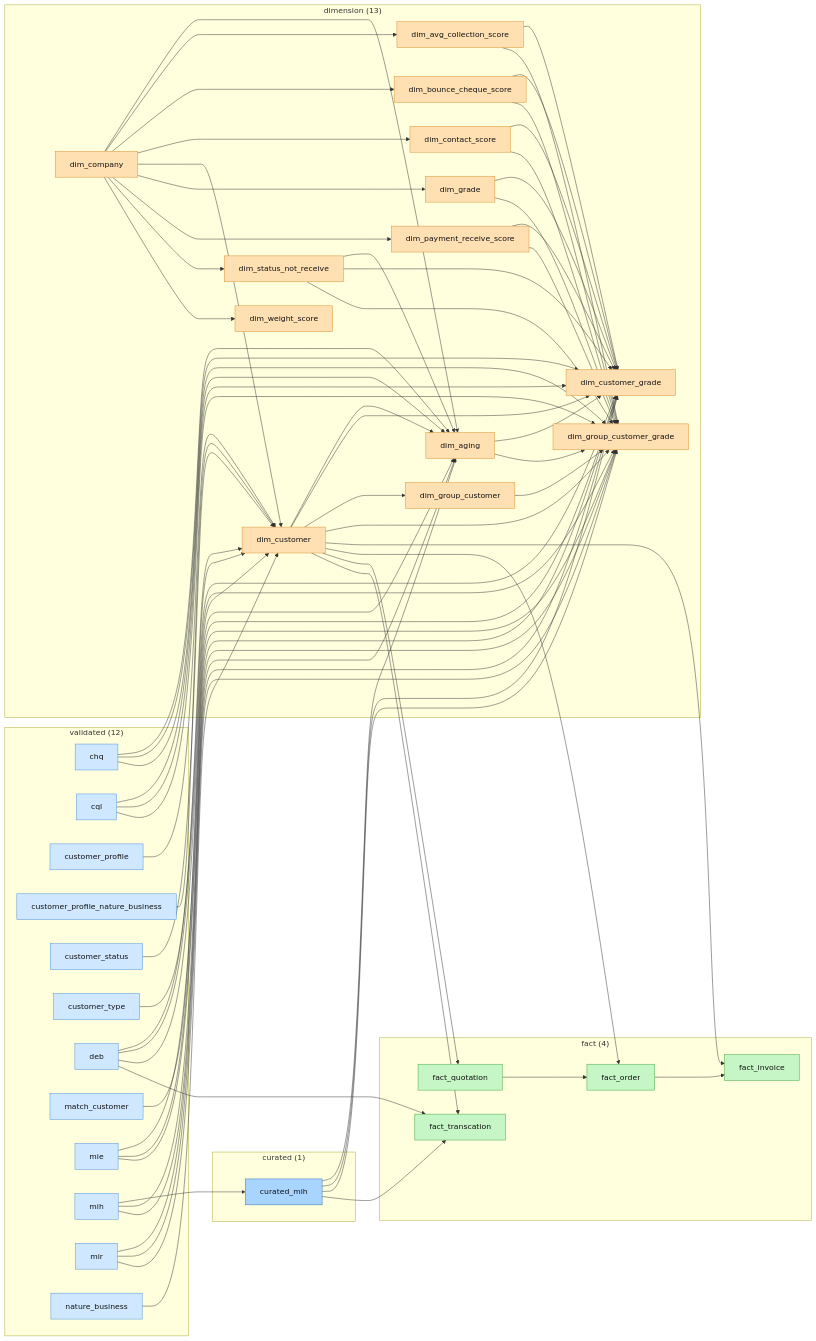
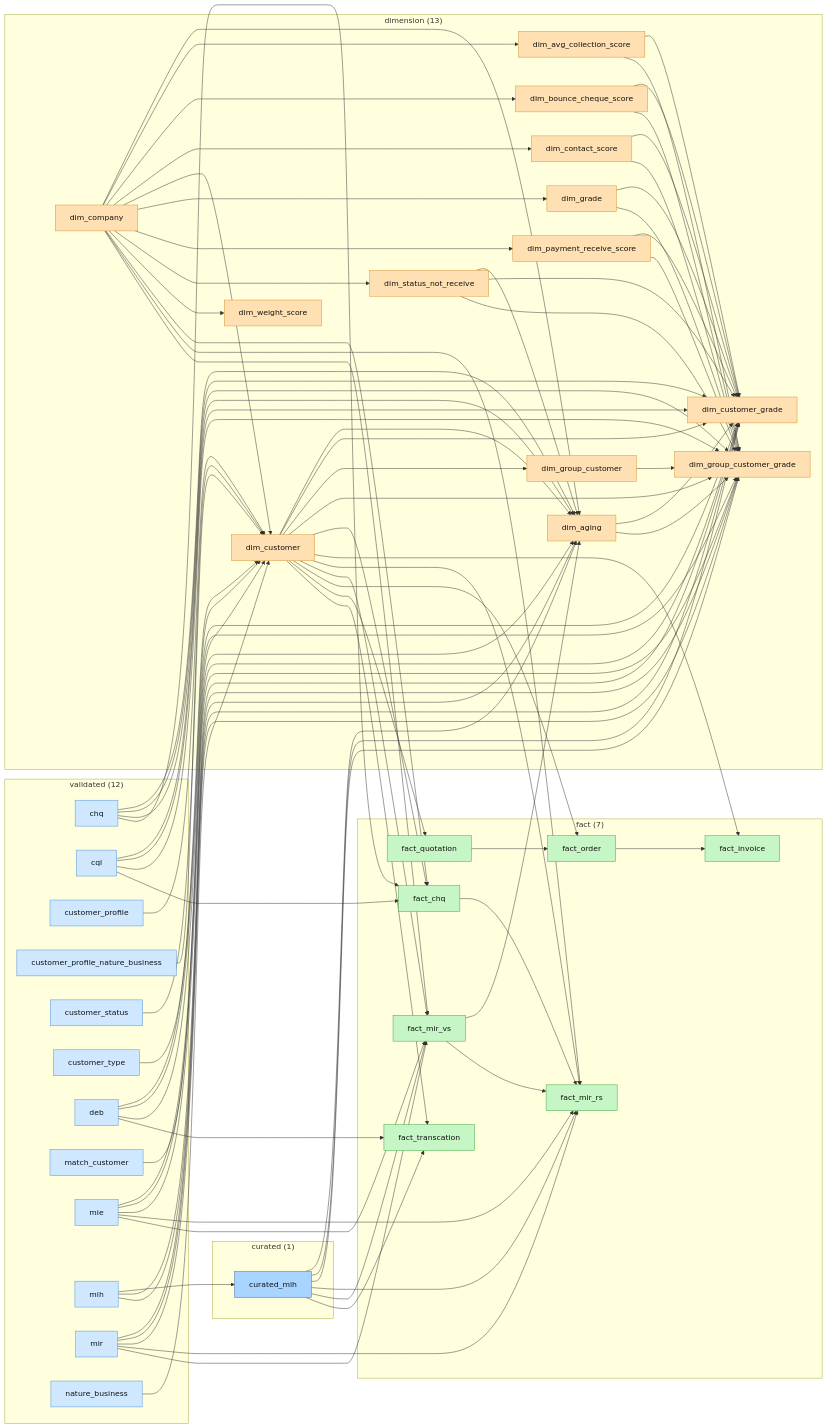
One commit to warayut-ALL-IN-AI/data-buffet changed the third of 12 diagrams in document/diagrams/topic_flows.md. Above: the diagram before and after it, drawn with Mermaid. The commit also changed other lines of this file and 2 other files, not shown here.

First line of the commit message:
EXTRACT_CHQ_DATA: let an amount end at a slash followed by a letter

````diff
--- a/document/diagrams/topic_flows.md
+++ b/document/diagrams/topic_flows.md
@@ -207,8 +215,11 @@
     dim_status_not_receive["dim_status_not_receive"]
     dim_weight_score["dim_weight_score"]
   end
-  subgraph fact["fact (4)"]
+  subgraph fact["fact (7)"]
+    fact_chq["fact_chq"]
     fact_invoice["fact_invoice"]
+    fact_mir_rs["fact_mir_rs"]
+    fact_mir_vs["fact_mir_vs"]
     fact_order["fact_order"]
     fact_quotation["fact_quotation"]
     fact_transcation["fact_transcation"]
@@ -216,12 +227,16 @@
   chq --> dim_aging
   chq --> dim_customer_grade
   chq --> dim_group_customer_grade
+  chq --> fact_chq
   cql --> dim_aging
   cql --> dim_customer_grade
   cql --> dim_group_customer_grade
+  cql --> fact_chq
   curated_mih --> dim_aging
   curated_mih --> dim_customer_grade
   curated_mih --> dim_group_customer_grade
+  curated_mih --> fact_mir_rs
+  curated_mih --> fact_mir_vs
   curated_mih --> fact_transcation
   customer_profile --> dim_customer
   customer_profile_nature_business --> dim_customer
@@ -246,13 +261,19 @@
   dim_company --> dim_payment_receive_score
   dim_company --> dim_status_not_receive
   dim_company --> dim_weight_score
+  dim_company --> fact_chq
+  dim_company --> fact_mir_rs
+  dim_company --> fact_mir_vs
   dim_contact_score --> dim_customer_grade
   dim_contact_score --> dim_group_customer_grade
   dim_customer --> dim_aging
   dim_customer --> dim_customer_grade
   dim_customer --> dim_group_customer
   dim_customer --> dim_group_customer_grade
+  dim_customer --> fact_chq
   dim_customer --> fact_invoice
+  dim_customer --> fact_mir_rs
+  dim_customer --> fact_mir_vs
   dim_customer --> fact_order
   dim_customer --> fact_quotation
   dim_customer --> fact_transcation
@@ -264,18 +285,25 @@
   dim_status_not_receive --> dim_aging
   dim_status_not_receive --> dim_customer_grade
   dim_status_not_receive --> dim_group_customer_grade
+  fact_chq --> fact_mir_rs
+  fact_mir_vs --> dim_aging
+  fact_mir_vs --> fact_mir_rs
   fact_order --> fact_invoice
   fact_quotation --> fact_order
   match_customer --> dim_customer
   mie --> dim_aging
   mie --> dim_customer_grade
   mie --> dim_group_customer_grade
+  mie --> fact_mir_rs
+  mie --> fact_mir_vs
   mih --> curated_mih
   mih --> dim_customer_grade
   mih --> dim_group_customer_grade
   mir --> dim_aging
   mir --> dim_customer_grade
   mir --> dim_group_customer_grade
+  mir --> fact_mir_rs
+  mir --> fact_mir_vs
   nature_business --> dim_customer
   classDef validated fill:#cfe8ff,stroke:#4a90d9,color:#111;
   classDef curated fill:#a8d5ff,stroke:#2f6fb0,color:#111;
@@ -285,5 +313,5 @@
   class chq,cql,customer_profile,customer_profile_nature_business,customer_status,customer_type,deb,match_customer,mie,mih,mir,nature_business validated;
   class curated_mih curated;
   class dim_aging,dim_avg_collection_score,dim_bounce_cheque_score,dim_company,dim_contact_score,dim_customer,dim_customer_grade,dim_grade,dim_group_customer,dim_group_customer_grade,dim_payment_receive_score,dim_status_not_receive,dim_weight_score dimension;
-  class fact_invoice,fact_order,fact_quotation,fact_transcation fact;
+  class fact_chq,fact_invoice,fact_mir_rs,fact_mir_vs,fact_order,fact_quotation,fact_transcation fact;
 ```
````
